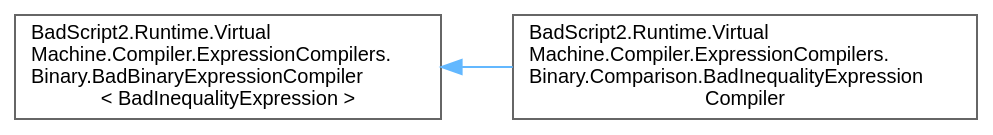
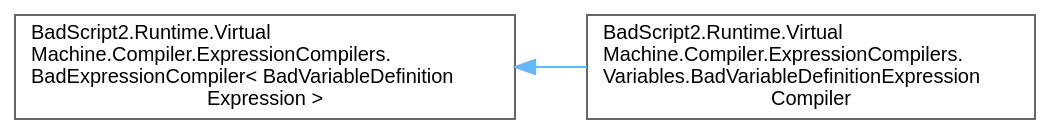
The diagram in docs/reference/inherit_graph_108.dot (ByteChkR/BadScript2), drawn with Graphviz before and after one commit. The commit also changed 1399 other files, not shown here.

```diff
--- a/docs/reference/inherit_graph_108.dot
+++ b/docs/reference/inherit_graph_108.dot
@@ -1,11 +1,11 @@
 digraph "Graphical Class Hierarchy"
 {
  // LATEX_PDF_SIZE
   bgcolor="transparent";
   edge [fontname=Helvetica,fontsize=10,labelfontname=Helvetica,labelfontsize=10];
   node [fontname=Helvetica,fontsize=10,shape=box,height=0.2,width=0.4];
   rankdir="LR";
-  Node0 [id="Node000000",label="BadScript2.Runtime.Virtual\lMachine.Compiler.ExpressionCompilers.\lBinary.BadBinaryExpressionCompiler\l\< BadInequalityExpression \>",height=0.2,width=0.4,color="grey40", fillcolor="white", style="filled",URL="$class_bad_script2_1_1_runtime_1_1_virtual_machine_1_1_compiler_1_1_expression_compilers_1_1_bina50ab53852ac80528f5c047a5d8987e86.html",tooltip=" "];
-  Node0 -> Node1 [id="edge255_Node000000_Node000001",dir="back",color="steelblue1",style="solid",tooltip=" "];
-  Node1 [id="Node000001",label="BadScript2.Runtime.Virtual\lMachine.Compiler.ExpressionCompilers.\lBinary.Comparison.BadInequalityExpression\lCompiler",height=0.2,width=0.4,color="grey40", fillcolor="white", style="filled",URL="$class_bad_script2_1_1_runtime_1_1_virtual_machine_1_1_compiler_1_1_expression_compilers_1_1_bina5160541548ea17778a95c112cec47b0a.html",tooltip=" "];
+  Node0 [id="Node000000",label="BadScript2.Runtime.Virtual\lMachine.Compiler.ExpressionCompilers.\lBadExpressionCompiler\< BadVariableDefinition\lExpression \>",height=0.2,width=0.4,color="grey40", fillcolor="white", style="filled",URL="$class_bad_script2_1_1_runtime_1_1_virtual_machine_1_1_compiler_1_1_expression_compilers_1_1_bad_expression_compiler.html",tooltip=" "];
+  Node0 -> Node1 [id="edge278_Node000000_Node000001",dir="back",color="steelblue1",style="solid",tooltip=" "];
+  Node1 [id="Node000001",label="BadScript2.Runtime.Virtual\lMachine.Compiler.ExpressionCompilers.\lVariables.BadVariableDefinitionExpression\lCompiler",height=0.2,width=0.4,color="grey40", fillcolor="white", style="filled",URL="$class_bad_script2_1_1_runtime_1_1_virtual_machine_1_1_compiler_1_1_expression_compilers_1_1_vari812f8bfa8d695c93c83e0c92e16aa496.html",tooltip=" "];
 }
```
